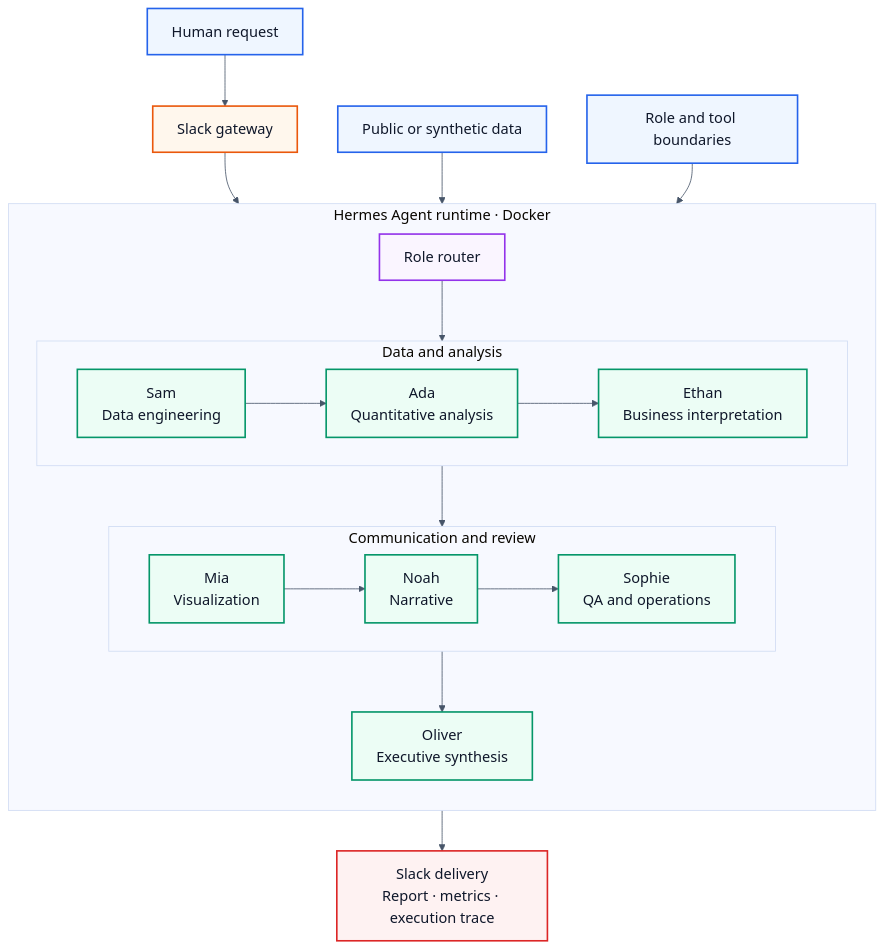
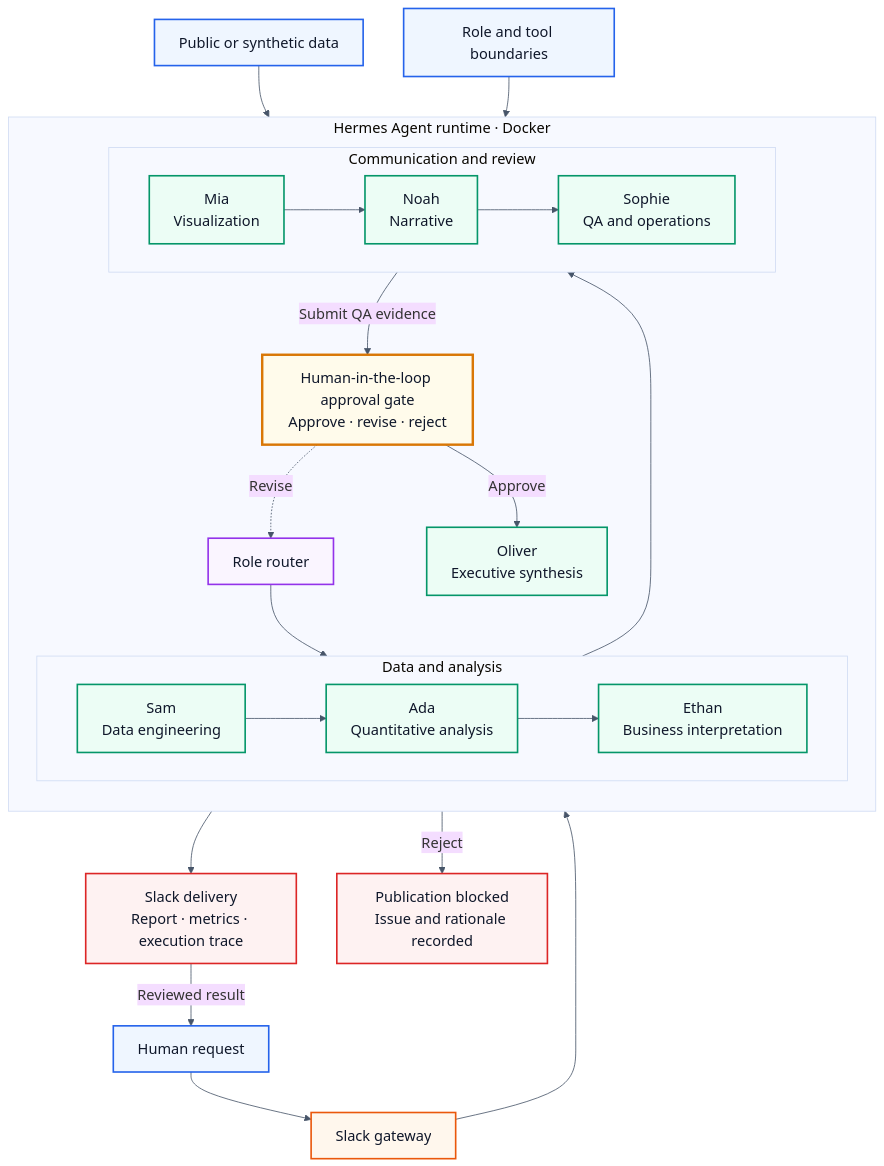
One commit to Lee2379/agentic-analytics-office changed the diagram in README.ja.md. Above: the diagram before and after it, drawn with Mermaid. The commit also changed other lines of this file and 3 other files, not shown here.

Commit message:
docs: add human-in-the-loop architecture gate (#12)

````diff
--- a/README.ja.md
+++ b/README.ja.md
@@ -240,42 +240,55 @@
 ```mermaid
 %%{init: {"theme": "base", "themeVariables": {"fontSize": "18px", "fontFamily": "Arial, sans-serif", "lineColor": "#475569"}}}%%
 flowchart TB
     U["Human request"] --> S["Slack gateway"]
     DATA["Public or synthetic data"]
     POLICY["Role and tool boundaries"]
+    H["Human-in-the-loop approval gate<br/>Approve · revise · reject"]
 
     subgraph D["Hermes Agent runtime · Docker"]
       direction TB
       R["Role router"]
+
       subgraph ANALYSIS["Data and analysis"]
         direction LR
         SAM["Sam<br/>Data engineering"] --> ADA["Ada<br/>Quantitative analysis"] --> ETHAN["Ethan<br/>Business interpretation"]
       end
+
       subgraph DELIVERY["Communication and review"]
         direction LR
         MIA["Mia<br/>Visualization"] --> NOAH["Noah<br/>Narrative"] --> SOPHIE["Sophie<br/>QA and operations"]
       end
+
       OLIVER["Oliver<br/>Executive synthesis"]
+
       R --> SAM
       ETHAN --> MIA
-      SOPHIE --> OLIVER
+      SOPHIE -->|Submit QA evidence| H
+      H -->|Approve| OLIVER
+      H -.->|Revise| R
     end
 
     O["Slack delivery<br/>Report · metrics · execution trace"]
+    BLOCKED["Publication blocked<br/>Issue and rationale recorded"]
+
     S --> R
     DATA --> SAM
     POLICY --> R
+    H -->|Reject| BLOCKED
     OLIVER --> O
+    O -->|Reviewed result| U
 
     classDef input fill:#EFF6FF,stroke:#2563EB,color:#0F172A,stroke-width:2px;
     classDef gateway fill:#FFF7ED,stroke:#EA580C,color:#0F172A,stroke-width:2px;
     classDef router fill:#FAF5FF,stroke:#9333EA,color:#0F172A,stroke-width:2px;
     classDef agent fill:#ECFDF5,stroke:#059669,color:#0F172A,stroke-width:2px;
+    classDef human fill:#FFFBEB,stroke:#D97706,color:#0F172A,stroke-width:3px;
     classDef output fill:#FEF2F2,stroke:#DC2626,color:#0F172A,stroke-width:2px;
 
     class U,DATA,POLICY input;
     class S gateway;
     class R router;
     class SAM,ADA,ETHAN,MIA,NOAH,SOPHIE,OLIVER agent;
-    class O output;
+    class H human;
+    class O,BLOCKED output;
 ```
````
